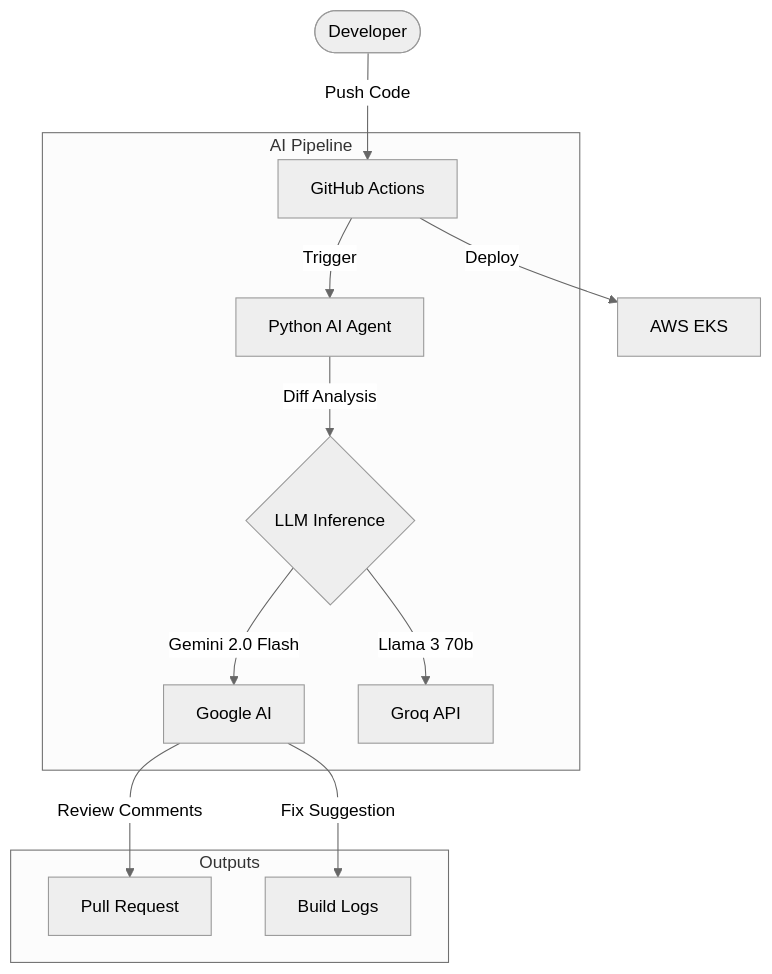
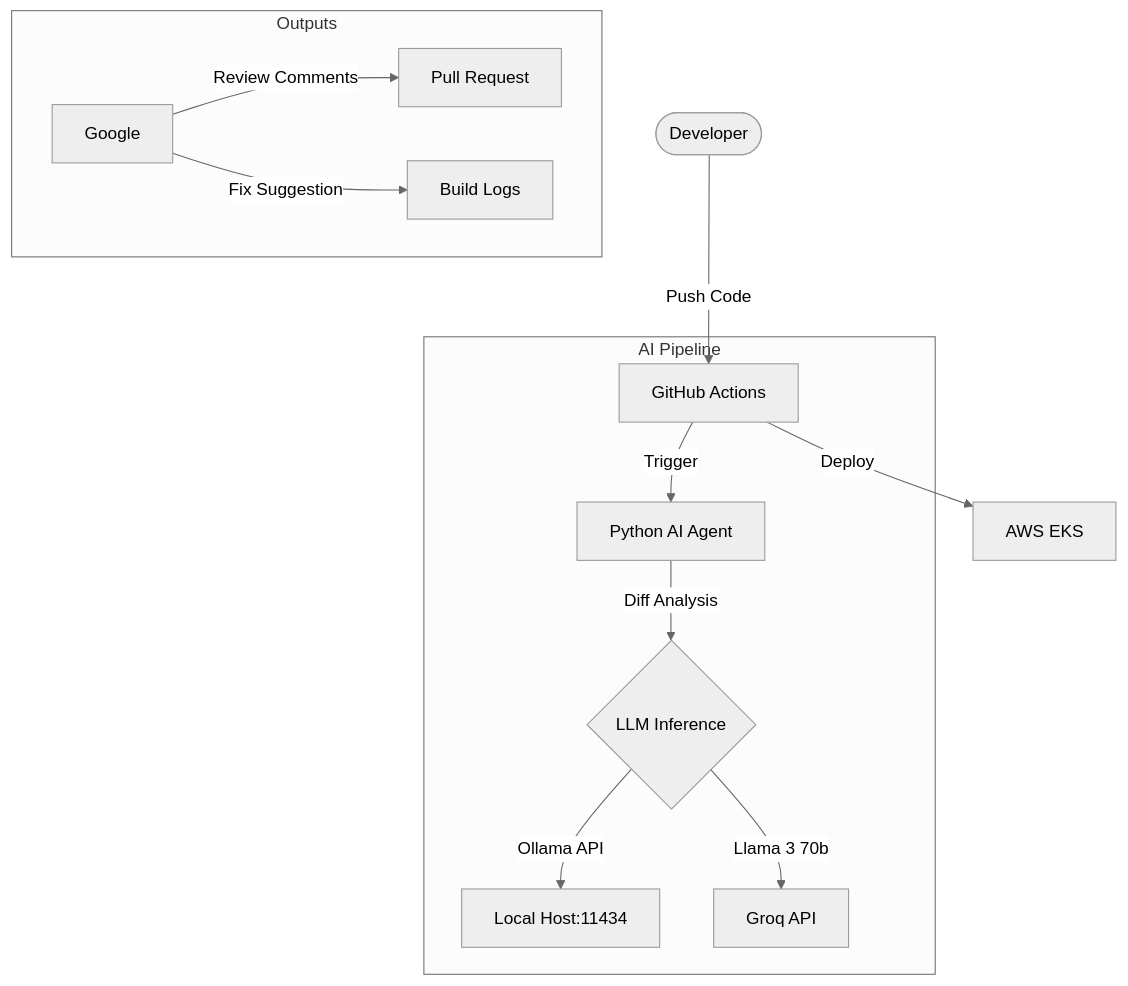
The diagram in README.md (sikander098/ai-cicd-pipeline), drawn with Mermaid (neutral theme) before and after one commit. The commit also changed other lines of this file and 2 other files, not shown here.

Commit message:
Refactor: Switch to Local AI (Ollama + Qwen2.5-Coder)

````diff
--- a/README.md
+++ b/README.md
@@ -29,18 +29,18 @@
 ```mermaid
 graph TD
     User([Developer]) -->|Push Code| GH[GitHub Actions]
     
     subgraph "AI Pipeline"
         GH -->|Trigger| Agent[Python AI Agent]
         Agent -->|Diff Analysis| LLM{LLM Inference}
-        LLM -->|Gemini 2.0 Flash| Google[Google AI]
+        LLM -->|Ollama API| Local[Local Host:11434]
         LLM -->|Llama 3 70b| Groq[Groq API]
     end
     
     subgraph "Outputs"
         Google -->|Review Comments| PR[Pull Request]
         Google -->|Fix Suggestion| Logs[Build Logs]
     end
     
     GH -->|Deploy| AWS[AWS EKS]
 ```
````
